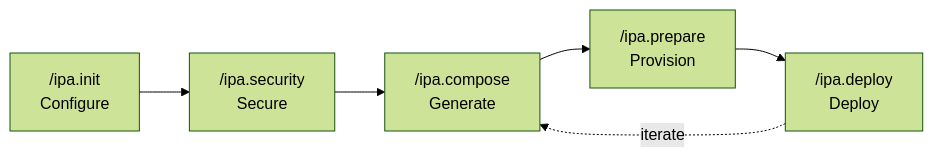
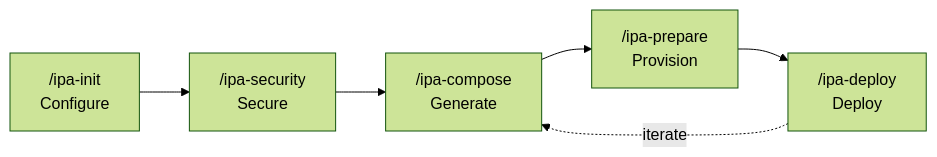
The diagram in docs/docs/getting-started/concepts/ipa-lifecycle.md (aws-samples/sample-innovation-patterns), drawn with Mermaid (forest theme) before and after one commit. The commit also changed other lines of this file and 112 other files, not shown here.

````diff
--- a/docs/docs/getting-started/concepts/ipa-lifecycle.md
+++ b/docs/docs/getting-started/concepts/ipa-lifecycle.md
@@ -12,8 +12,8 @@
 ```mermaid
 flowchart LR
-    A["/ipa.init\nConfigure"] --> B["/ipa.security\nSecure"]
-    B --> C["/ipa.compose\nGenerate"]
-    C --> D["/ipa.prepare\nProvision"]
-    D --> E["/ipa.deploy\nDeploy"]
+    A["/ipa-init\nConfigure"] --> B["/ipa-security\nSecure"]
+    B --> C["/ipa-compose\nGenerate"]
+    C --> D["/ipa-prepare\nProvision"]
+    D --> E["/ipa-deploy\nDeploy"]
     E -.->|iterate| C
 ```
````
